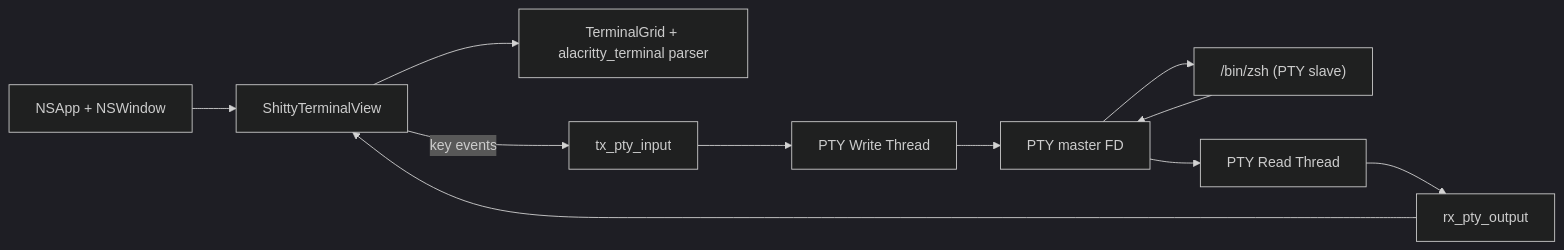
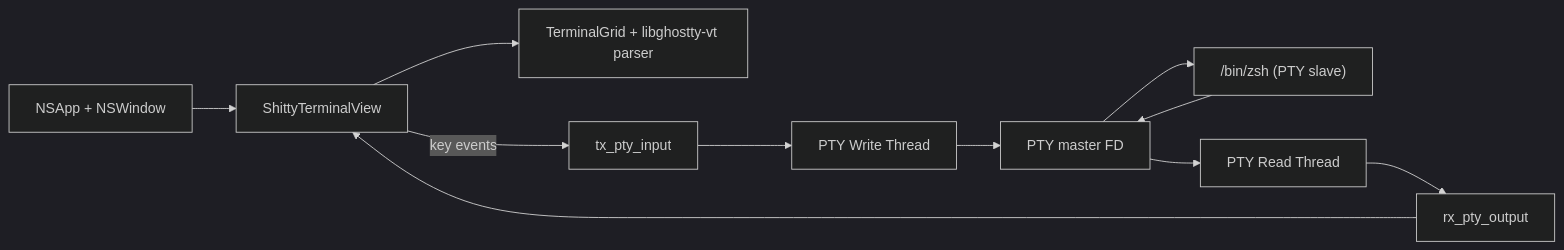
Before and after one commit to lixiao189/shitty: the diagram in README.md, drawn with Mermaid (dark theme). The commit also changed other lines of this file, not shown here.

First line of the commit message:
docs(readme): describe libghostty-vt instead of alacritty_terminal

````diff
--- a/README.md
+++ b/README.md
@@ -74,13 +74,13 @@
 ```mermaid
 flowchart LR
   APP[NSApp + NSWindow] --> VIEW[ShittyTerminalView]
-  VIEW --> GRID[TerminalGrid + alacritty_terminal parser]
+  VIEW --> GRID[TerminalGrid + libghostty-vt parser]
   VIEW -- key events --> TX[tx_pty_input]
   TX --> W[PTY Write Thread]
   W --> MFD[PTY master FD]
   MFD --> SHELL["/bin/zsh (PTY slave)"]
   SHELL --> MFD
   MFD --> R[PTY Read Thread]
   R --> RX[rx_pty_output]
   RX --> VIEW
 ```
````
